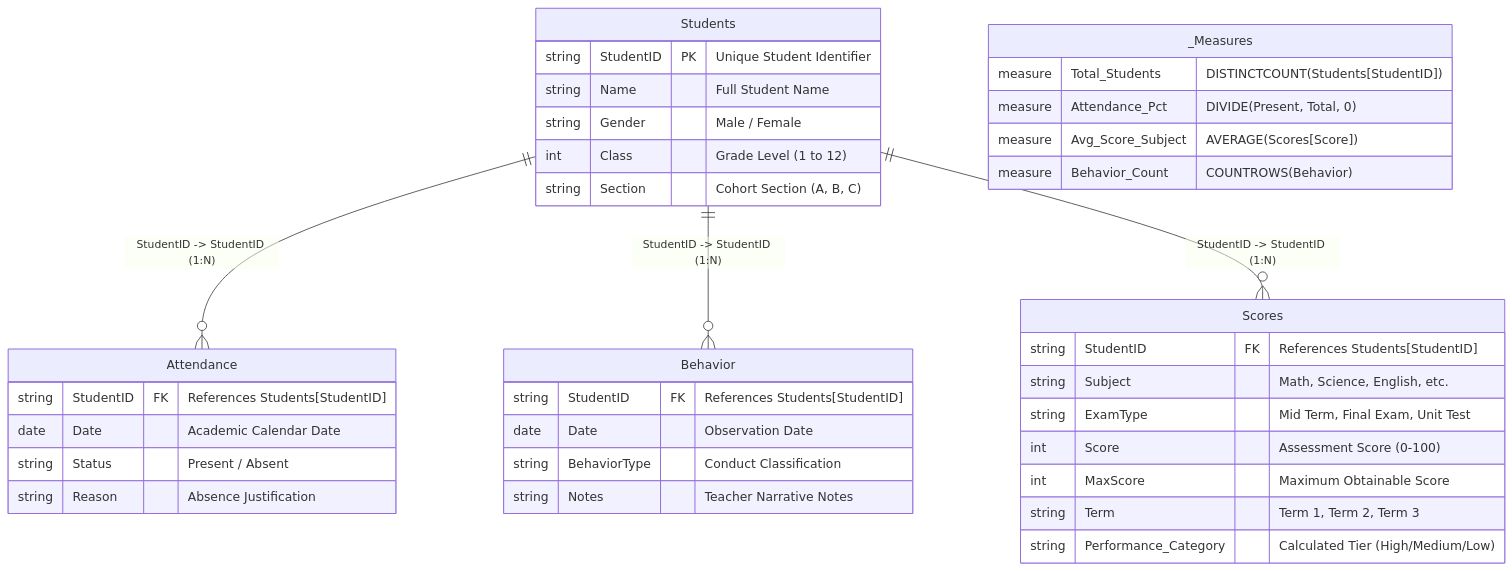
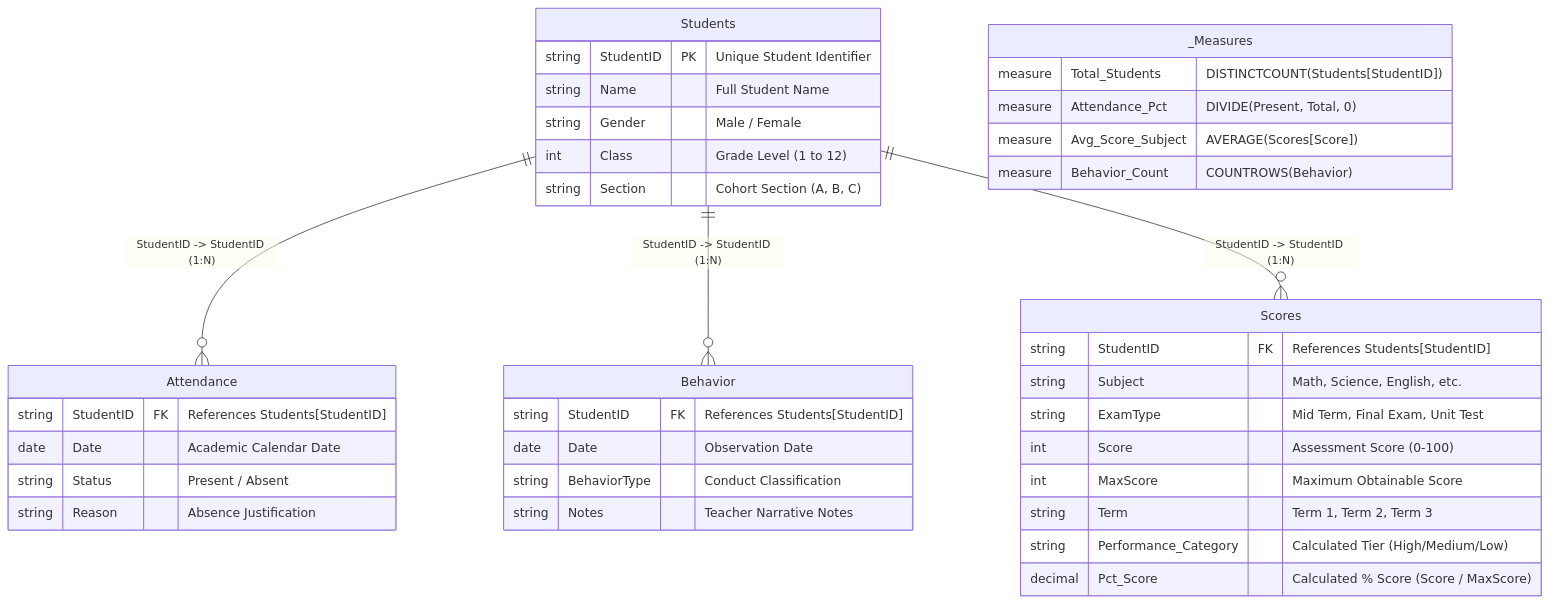
The diagram in README.md (krishpatel2985/Final-Exam-of-Power-BI), drawn with Mermaid before and after one commit. The commit also changed other lines of this file and 4 other files, not shown here.

````diff
--- a/README.md
+++ b/README.md
@@ -136,45 +136,46 @@
 ```mermaid
 erDiagram
     Students ||--o{ Attendance : "StudentID -> StudentID (1:N)"
     Students ||--o{ Behavior : "StudentID -> StudentID (1:N)"
     Students ||--o{ Scores : "StudentID -> StudentID (1:N)"
 
     Students {
         string StudentID PK "Unique Student Identifier"
         string Name "Full Student Name"
         string Gender "Male / Female"
         int Class "Grade Level (1 to 12)"
         string Section "Cohort Section (A, B, C)"
     }
 
     Attendance {
         string StudentID FK "References Students[StudentID]"
         date Date "Academic Calendar Date"
         string Status "Present / Absent"
         string Reason "Absence Justification"
     }
 
     Behavior {
         string StudentID FK "References Students[StudentID]"
         date Date "Observation Date"
         string BehaviorType "Conduct Classification"
         string Notes "Teacher Narrative Notes"
     }
 
     Scores {
         string StudentID FK "References Students[StudentID]"
         string Subject "Math, Science, English, etc."
         string ExamType "Mid Term, Final Exam, Unit Test"
         int Score "Assessment Score (0-100)"
         int MaxScore "Maximum Obtainable Score"
         string Term "Term 1, Term 2, Term 3"
         string Performance_Category "Calculated Tier (High/Medium/Low)"
+        decimal Pct_Score "Calculated % Score (Score / MaxScore)"
     }
 
     _Measures {
         measure Total_Students "DISTINCTCOUNT(Students[StudentID])"
         measure Attendance_Pct "DIVIDE(Present, Total, 0)"
         measure Avg_Score_Subject "AVERAGE(Scores[Score])"
         measure Behavior_Count "COUNTROWS(Behavior)"
     }
 ```
````
